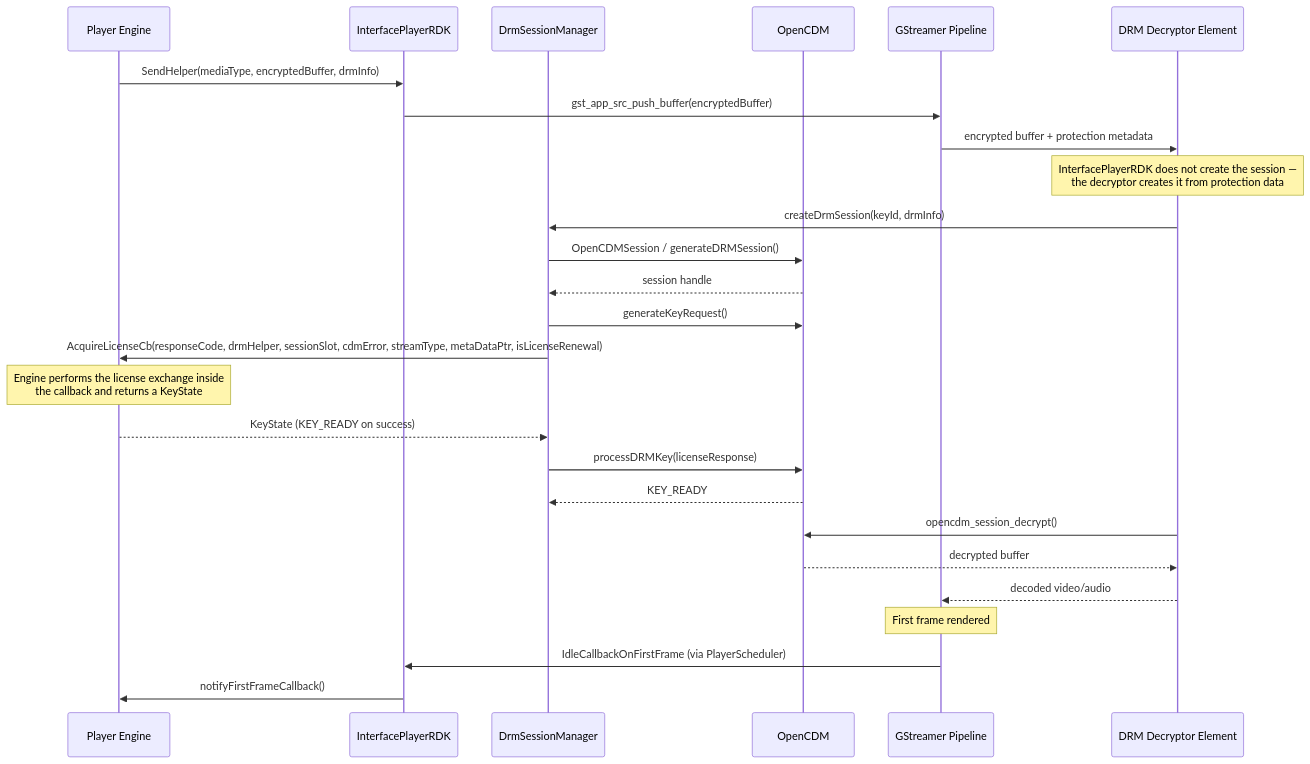
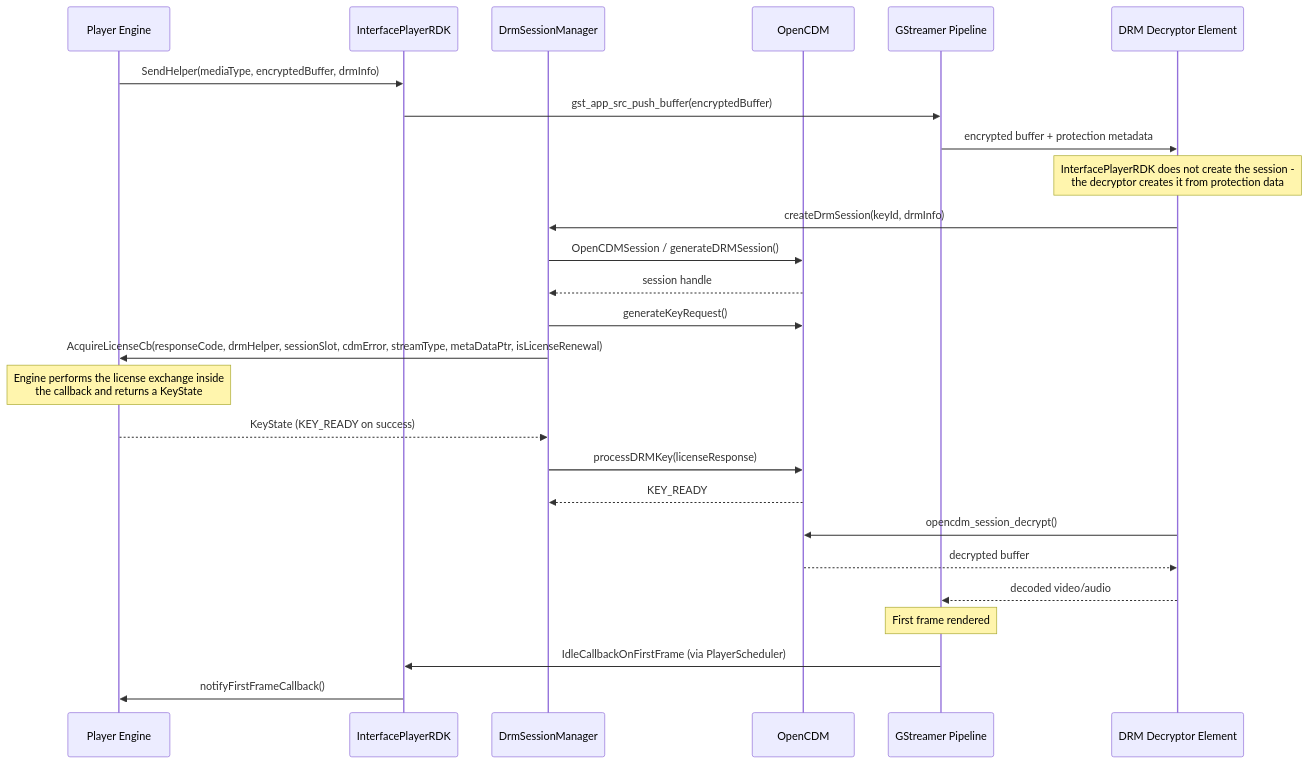
Before and after one commit to rdkcentral/middleware-player-interface: the fifth of 7 diagrams in README.md, drawn with Mermaid. The commit also changed other lines of this file, not shown here.

First line of the commit message:
RDKDEV-1787: Replace non-ASCII chars in mermaid diagrams for GitHub rendering

````diff
--- a/README.md
+++ b/README.md
@@ -264,31 +264,31 @@
 ```mermaid
 sequenceDiagram
     participant Engine as Player Engine
     participant MPI as InterfacePlayerRDK
     participant DrmMgr as DrmSessionManager
     participant OCDM as OpenCDM
     participant GST as GStreamer Pipeline
     participant DecryptPlugin as DRM Decryptor Element
 
     Engine->>MPI: SendHelper(mediaType, encryptedBuffer, drmInfo)
     MPI->>GST: gst_app_src_push_buffer(encryptedBuffer)
     GST->>DecryptPlugin: encrypted buffer + protection metadata
-    Note over DecryptPlugin: InterfacePlayerRDK does not create the session —<br/>the decryptor creates it from protection data
+    Note over DecryptPlugin: InterfacePlayerRDK does not create the session -<br/>the decryptor creates it from protection data
     DecryptPlugin->>DrmMgr: createDrmSession(keyId, drmInfo)
     DrmMgr->>OCDM: OpenCDMSession / generateDRMSession()
     OCDM-->>DrmMgr: session handle
     DrmMgr->>OCDM: generateKeyRequest()
     DrmMgr->>Engine: AcquireLicenseCb(responseCode, drmHelper, sessionSlot, cdmError, streamType, metaDataPtr, isLicenseRenewal)
     Note over Engine: Engine performs the license exchange inside<br/>the callback and returns a KeyState
     Engine-->>DrmMgr: KeyState (KEY_READY on success)
     DrmMgr->>OCDM: processDRMKey(licenseResponse)
     OCDM-->>DrmMgr: KEY_READY
 
     DecryptPlugin->>OCDM: opencdm_session_decrypt()
     OCDM-->>DecryptPlugin: decrypted buffer
     DecryptPlugin-->>GST: decoded video/audio
 
     Note over GST: First frame rendered
     GST->>MPI: IdleCallbackOnFirstFrame (via PlayerScheduler)
     MPI->>Engine: notifyFirstFrameCallback()
 ```
````
